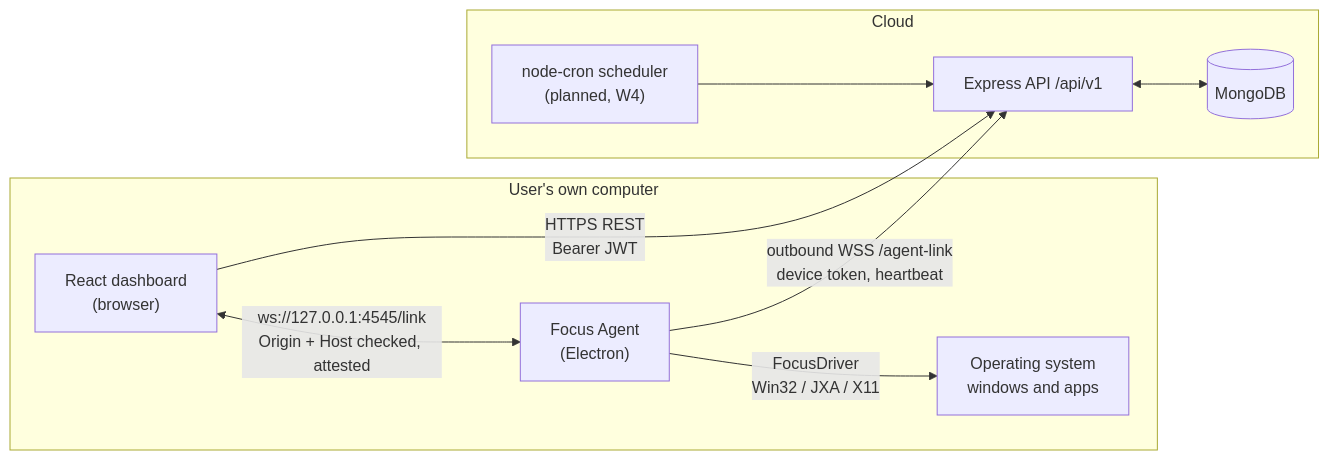
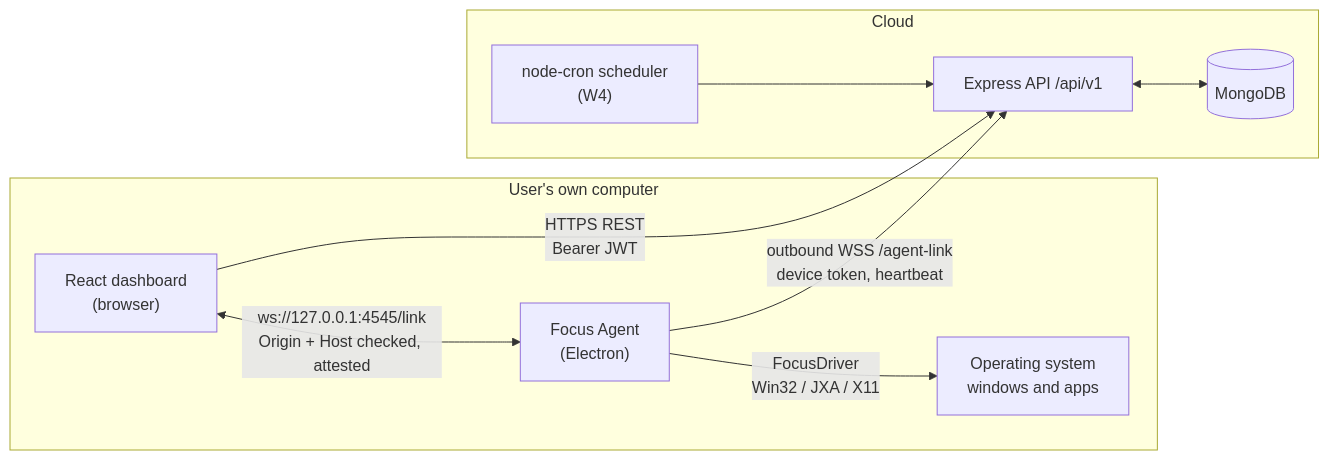
One commit to klrajput/Focus-Mode changed the diagram in README.md. Above: the diagram before and after it, drawn with Mermaid. The commit also changed other lines of this file and 2 other files, not shown here.

````diff
--- a/README.md
+++ b/README.md
@@ -31,19 +31,19 @@
 ```mermaid
 flowchart LR
   subgraph PC["User's own computer"]
     UI["React dashboard<br/>(browser)"]
     AG["Focus Agent<br/>(Electron)"]
     OS["Operating system<br/>windows and apps"]
     UI <-- "ws://127.0.0.1:4545/link<br/>Origin + Host checked, attested" --> AG
     AG -- "FocusDriver<br/>Win32 / JXA / X11" --> OS
   end
   subgraph Cloud["Cloud"]
     API["Express API /api/v1"]
     DB[("MongoDB")]
-    CRON["node-cron scheduler<br/>(planned, W4)"]
+    CRON["node-cron scheduler<br/>(W4)"]
   end
   UI -- "HTTPS REST<br/>Bearer JWT" --> API
   API <--> DB
   CRON --> API
   AG -- "outbound WSS /agent-link<br/>device token, heartbeat" --> API
 ```
````
